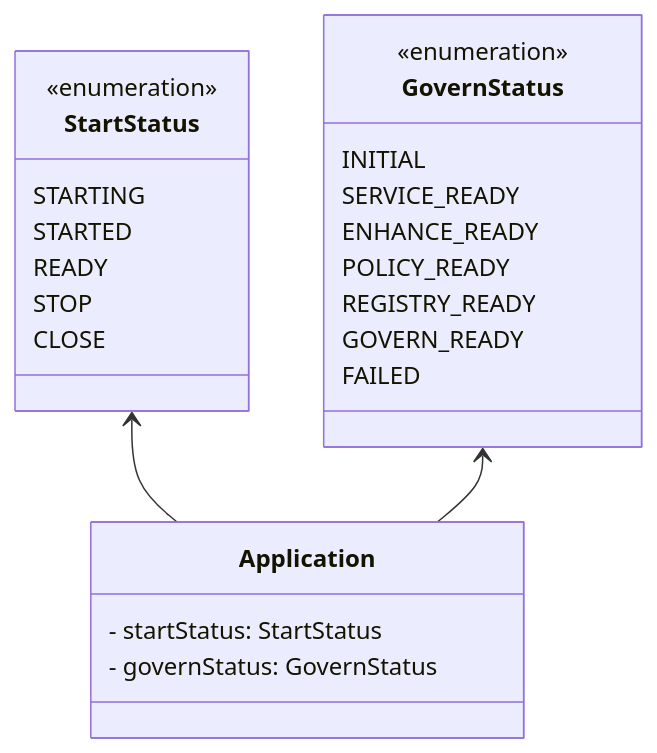
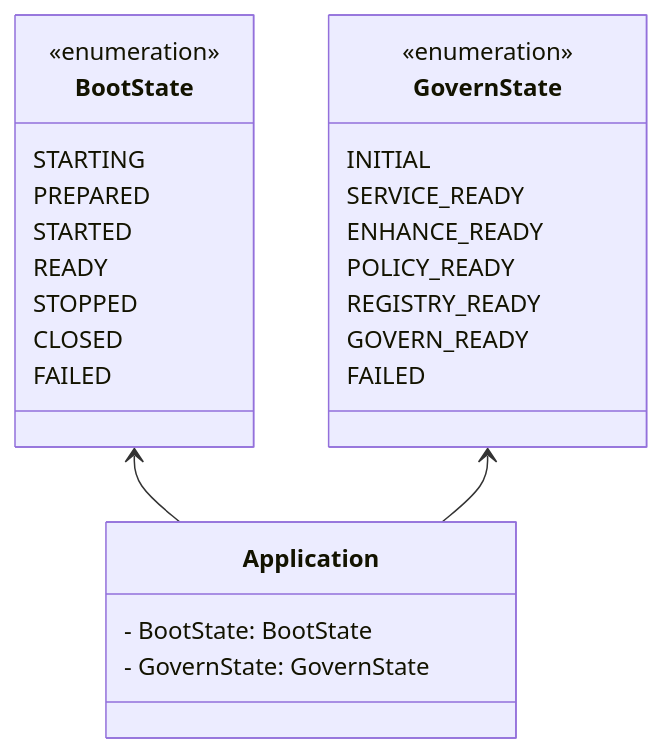
The second of 6 diagrams in docs/cn/2.0/design.md (jd-opensource/joylive-agent), drawn with Mermaid before and after one commit. The commit also changed other lines of this file and 2 other files, not shown here.

Commit message:
Update roadmap

````diff
--- a/docs/cn/2.0/design.md
+++ b/docs/cn/2.0/design.md
@@ -75,31 +75,33 @@
 ```mermaid
 classDiagram
     direction BT
-    class StartStatus{
+    class BootState{
         <<enumeration>>
         STARTING
+        PREPARED
         STARTED
         READY
-        STOP
-        CLOSE
+        STOPPED
+        CLOSED
+        FAILED
     }
-    class GovernStatus{
+    class GovernState{
         <<enumeration>>
         INITIAL
         SERVICE_READY
         ENHANCE_READY
         POLICY_READY
         REGISTRY_READY
         GOVERN_READY
         FAILED
     }
     
     class Application{
-        - startStatus: StartStatus
-        - governStatus: GovernStatus
+        - BootState: BootState
+        - GovernState: GovernState
     }
     
-    Application --> StartStatus
-    Application --> GovernStatus
+    Application --> BootState
+    Application --> GovernState
 
 ```
````
